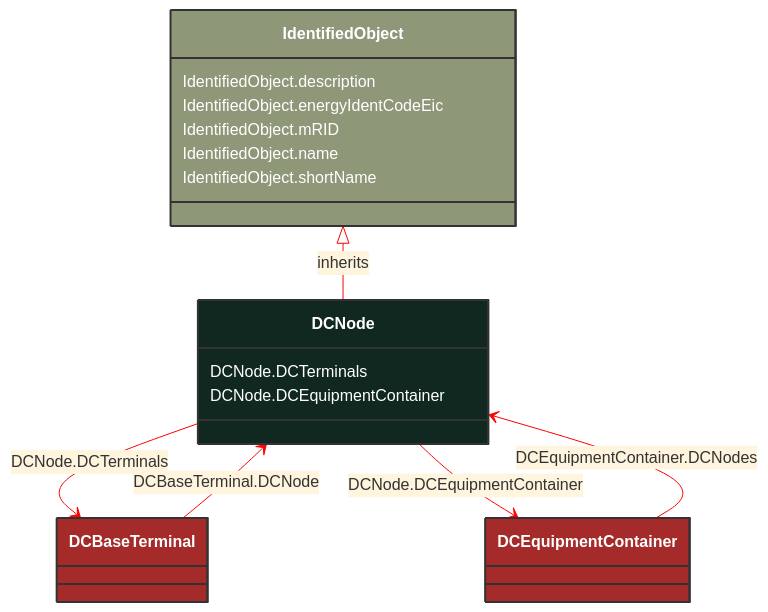
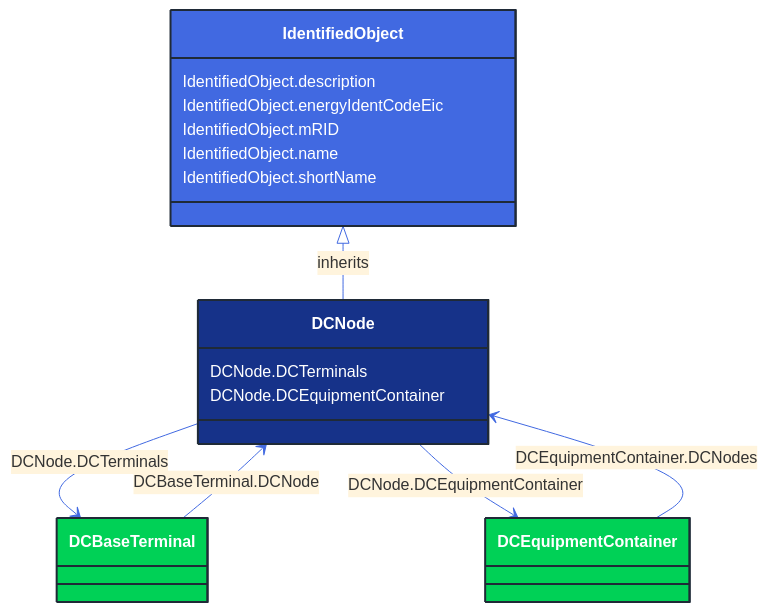
Before and after one commit to 3lbits/NoCIMExtensions: the diagram in docs/Models/Profiles/CoreEquipment/ConcreteClasses/DCNode.md, drawn with Mermaid. The commit also changed 362 other files, not shown here.

First line of the commit message:
Update diagrams and styles for improved visual consistency

````diff
--- a/docs/Models/Profiles/CoreEquipment/ConcreteClasses/DCNode.md
+++ b/docs/Models/Profiles/CoreEquipment/ConcreteClasses/DCNode.md
@@ -8,43 +8,43 @@
 ```mermaid
-%%{init: {'theme':'base','themeVariables': {'lineColor': '#FF0000'}}}%%
+%%{init: {'theme':'base','themeVariables': {'lineColor': '#4169E1'}}}%%
 classDiagram
     class DCNode
     click DCNode href "/Models/Profiles/CoreEquipment/ConcreteClasses/DCNode/"
-    style DCNode fill:#102820,stroke:#333,stroke-width:2px,rx:10,ry:10,color:white
+    style DCNode fill:#163289,stroke:#1F2A37,stroke-width:2px,rx:10,ry:10,color:white
      
         IdentifiedObject <|-- DCNode : inherits
             click IdentifiedObject href "/Models/Profiles/CoreEquipment/AbstractClasses/IdentifiedObject/"
-            style IdentifiedObject fill:#8F9779,stroke:#333,stroke-width:2px,rx:10,ry:10,color:white
+            style IdentifiedObject fill:#4169E1,stroke:#1F2A37,stroke-width:2px,rx:10,ry:10,color:white
 
         DCNode --> DCBaseTerminal : DCNode.DCTerminals
 
         DCBaseTerminal
             click DCBaseTerminal href "/Models/Profiles/CoreEquipment/AbstractClasses/DCBaseTerminal/"
-            style DCBaseTerminal fill:#A52A2A,stroke:#333,stroke-width:2px,rx:10,ry:10,color:white
+            style DCBaseTerminal fill:#00D156,stroke:#1F2A37,stroke-width:2px,rx:10,ry:10,color:white
         DCNode --> DCEquipmentContainer : DCNode.DCEquipmentContainer
 
         DCEquipmentContainer
             click DCEquipmentContainer href "/Models/Profiles/CoreEquipment/AbstractClasses/DCEquipmentContainer/"
-            style DCEquipmentContainer fill:#A52A2A,stroke:#333,stroke-width:2px,rx:10,ry:10,color:white
+            style DCEquipmentContainer fill:#00D156,stroke:#1F2A37,stroke-width:2px,rx:10,ry:10,color:white
 
         DCBaseTerminal --> DCNode : DCBaseTerminal.DCNode
 
         DCBaseTerminal
             click DCBaseTerminal href "/Models/Profiles/CoreEquipment/AbstractClasses/DCBaseTerminal/"
-            style DCBaseTerminal fill:#A52A2A,stroke:#333,stroke-width:2px,rx:10,ry:10,color:white
+            style DCBaseTerminal fill:#00D156,stroke:#1F2A37,stroke-width:2px,rx:10,ry:10,color:white
 
         DCEquipmentContainer --> DCNode : DCEquipmentContainer.DCNodes
 
         DCEquipmentContainer
             click DCEquipmentContainer href "/Models/Profiles/CoreEquipment/AbstractClasses/DCEquipmentContainer/"
-            style DCEquipmentContainer fill:#A52A2A,stroke:#333,stroke-width:2px,rx:10,ry:10,color:white
+            style DCEquipmentContainer fill:#00D156,stroke:#1F2A37,stroke-width:2px,rx:10,ry:10,color:white
 
 
         DCNode : DCNode.DCTerminals
         DCNode : DCNode.DCEquipmentContainer
         IdentifiedObject : IdentifiedObject.description
         IdentifiedObject : IdentifiedObject.energyIdentCodeEic
         IdentifiedObject : IdentifiedObject.mRID
         IdentifiedObject : IdentifiedObject.name
         IdentifiedObject : IdentifiedObject.shortName
 ```
````
